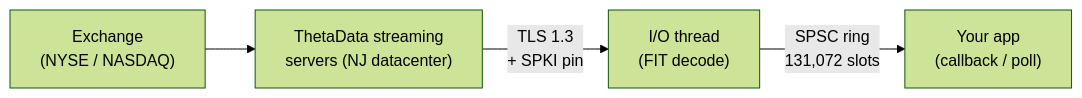
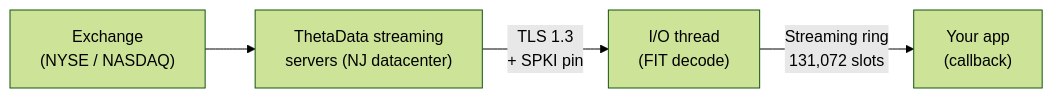
The diagram in docs-site/docs/getting-started/streaming.md (userFRM/ThetaDataDx), drawn with Mermaid (forest theme) before and after one commit. The commit also changed other lines of this file and 252 other files, not shown here.

````diff
--- a/docs-site/docs/getting-started/streaming.md
+++ b/docs-site/docs/getting-started/streaming.md
@@ -14,6 +14,6 @@
 ```mermaid
 graph LR
     A["Exchange<br/>(NYSE / NASDAQ)"] --> B["ThetaData streaming<br/>servers (NJ datacenter)"]
     B -->|"TLS 1.3<br/>+ SPKI pin"| C["I/O thread<br/>(FIT decode)"]
-    C -->|"SPSC ring<br/>131,072 slots"| D["Your app<br/>(callback / poll)"]
+    C -->|"Streaming ring<br/>131,072 slots"| D["Your app<br/>(callback)"]
 ```
````
